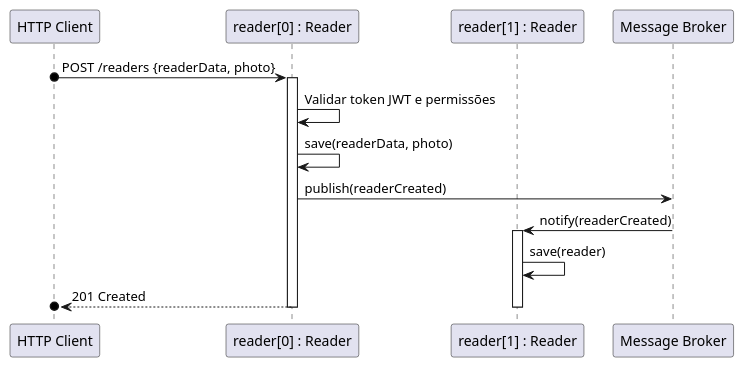
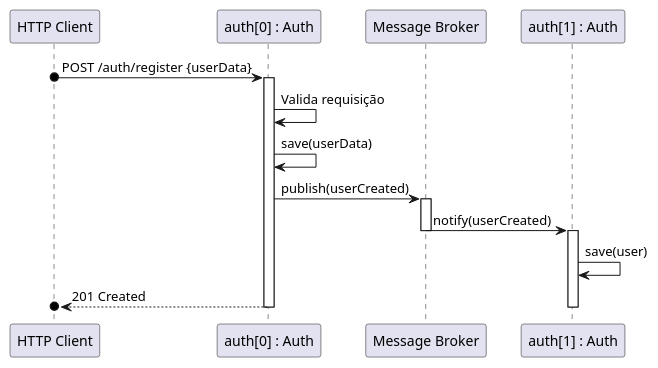
Before and after one commit to GitHubCatarina/SIDIS: the diagram in Docs/Design/Entrega2/Vistas de Processos/Nível 2/Comunicacao_1_Microservico.puml, drawn with PlantUML. The commit also changed 20 other files, not shown here.

```diff
--- a/Docs/Design/Entrega2/Vistas de Processos/Nível 2/Comunicacao_1_Microservico.puml
+++ b/Docs/Design/Entrega2/Vistas de Processos/Nível 2/Comunicacao_1_Microservico.puml
@@ -1,32 +1,33 @@
 @startuml
 ' Definindo os participantes
 participant "HTTP Client" as client
-participant "reader[0] : Reader" as reader0
-participant "reader[1] : Reader" as reader1
+participant "auth[0] : Auth" as auth0
 participant "Message Broker" as mb
+participant "auth[1] : Auth" as auth1
 
 ' O cliente faz uma requisição para criar um novo leitor
-client o-> reader0: POST /readers {readerData, photo}
-activate reader0
+client o-> auth0: POST /auth/register {userData}
+activate auth0
 
-' O Reader Service valida o token e permissões localmente
-reader0 -> reader0: Validar token JWT e permissões
+' O user Service valida o token e permissões localmente
+auth0 -> auth0: Valida requisição
 
 ' Verifica as permissões e cria o leitor
-reader0 -> reader0: save(readerData, photo)
+auth0 -> auth0: save(userData)
 
-reader0 -> mb: publish(readerCreated)
+auth0 -> mb: publish(userCreated)
 
+activate mb
 ' Replicando dados para a outra instância (espelhamento)
-mb -> reader1: notify(readerCreated)
-activate reader1
-reader1 -> reader1: save(reader)
+mb -> auth1: notify(userCreated)
+deactivate mb
+activate auth1
+
+auth1 -> auth1: save(user)
 
 
 ' Responder ao cliente com sucesso final após a replicação
-
-
-reader0 -->o client: 201 Created
-deactivate reader1
-deactivate reader0
+auth0 -->o client: 201 Created
+deactivate auth1
+deactivate auth0
 @enduml
```
